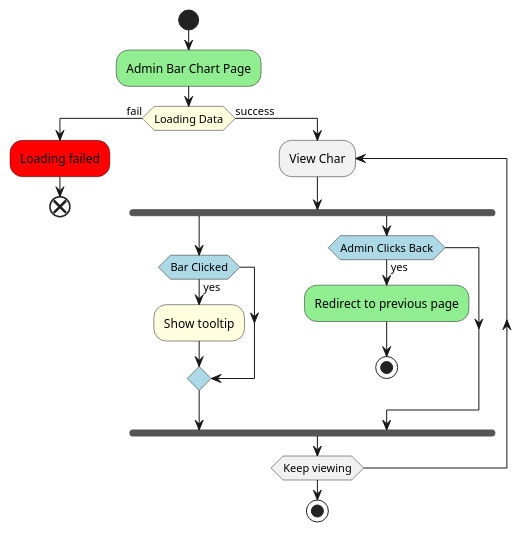
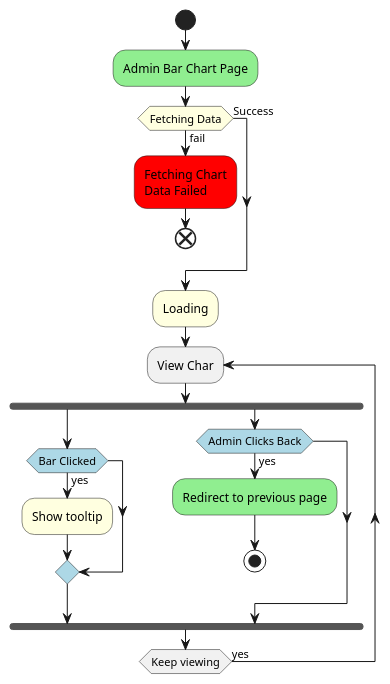
One commit to MuhannadYazbak/ecommerce changed the diagram in src/components/admin/AdminBarChartDiagram.puml. Above: the diagram before and after it, drawn with PlantUML. The commit also changed other lines of this file and 13 other files, not shown here.

Commit message:
Activity PlantUML for all pages

```diff
--- a/src/components/admin/AdminBarChartDiagram.puml
+++ b/src/components/admin/AdminBarChartDiagram.puml
@@ -1,21 +1,24 @@
 @startuml AdminBarChatDiagram
 start
 #lightgreen:Admin Bar Chart Page;
-#lightyellow:if(Loading Data) then(fail)
-    #red:Loading failed;
-    end
-else(success)
+#lightyellow:if(Fetching Data) then(fail)
+#red:Fetching Chart\nData Failed;
+end
+else(Success)
+endif
+#lightyellow:Loading;
     repeat :View Char;
     fork
-    #lightblue:if(Bar Clicked) then(yes)
-        #lightyellow:Show tooltip;
+        #lightblue:if(Bar Clicked) then(yes)
+            #lightyellow:Show tooltip;
+        
         endif
     fork again
-    #lightblue:if(Admin Clicks Back) then(yes)
-        #lightgreen:Redirect to previous page;
-        stop
-    endif
-end fork
-repeat while(Keep viewing)
-stop
+        #lightblue:if(Admin Clicks Back) then(yes)
+            #lightgreen:Redirect to previous page;
+            stop
+        endif
+    end fork
+repeat while(Keep viewing) is (yes)
+
 @enduml
```
